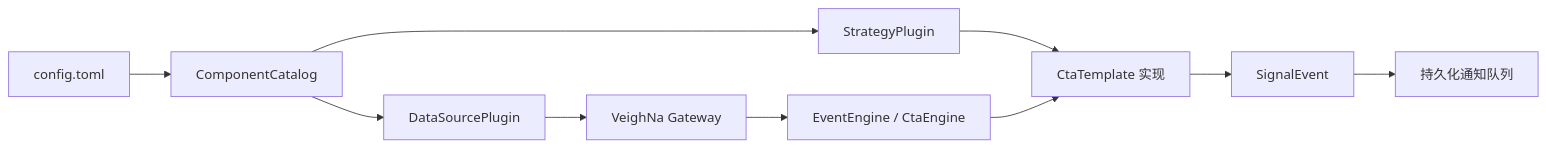
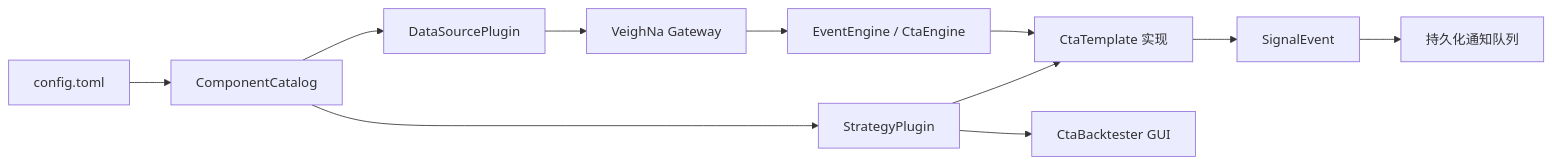
Before and after one commit to tufeiming/tradepilot: the diagram in docs/architecture.md, drawn with Mermaid. The commit also changed other lines of this file and 25 other files, not shown here.

Commit message:
feat: add graphical backtesting workflow

````diff
--- a/docs/architecture.md
+++ b/docs/architecture.md
@@ -34,12 +39,13 @@
 ```mermaid
 flowchart LR
     Config["config.toml"] --> Catalog["ComponentCatalog"]
     Catalog --> Source["DataSourcePlugin"]
     Catalog --> Strategy["StrategyPlugin"]
     Source --> Gateway["VeighNa Gateway"]
     Gateway --> Engine["EventEngine / CtaEngine"]
     Strategy --> Cta["CtaTemplate 实现"]
     Engine --> Cta
     Cta --> Signal["SignalEvent"]
     Signal --> Notify["持久化通知队列"]
+    Strategy --> Research["CtaBacktester GUI"]
 ```
````
